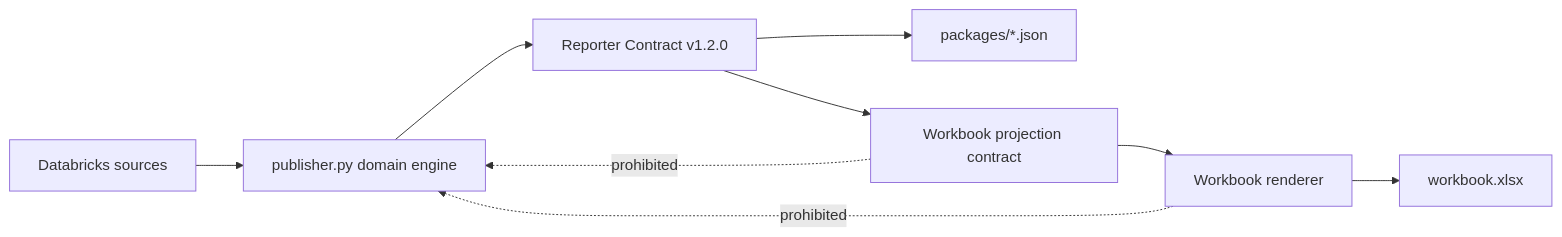
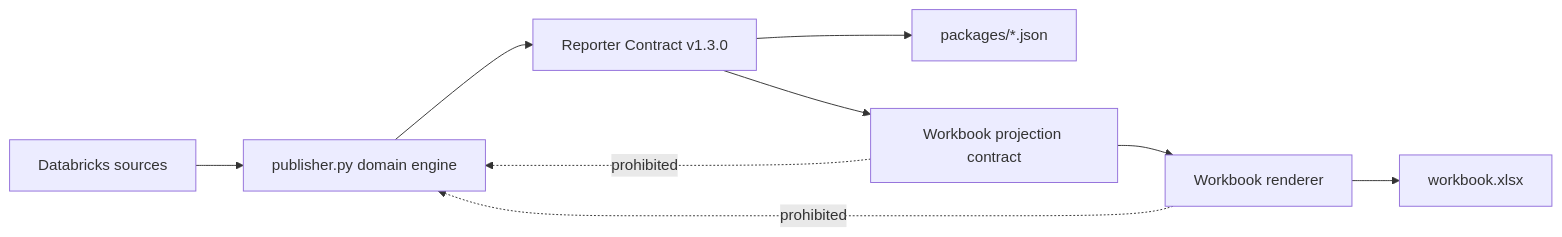
Before and after one commit to thiaga-gk/expert-funicular: the first of 19 diagrams in docs/architecture/lld.md, drawn with Mermaid. The commit also changed other lines of this file and 23 other files, not shown here.

````diff
--- a/docs/architecture/lld.md
+++ b/docs/architecture/lld.md
@@ -66,12 +66,12 @@
 ```mermaid
 flowchart LR
     SRC[Databricks sources] --> PUB[publisher.py domain engine]
-    PUB --> RC[Reporter Contract v1.2.0]
+    PUB --> RC[Reporter Contract v1.3.0]
     RC --> JSON[packages/*.json]
     RC --> WC[Workbook projection contract]
     WC --> XR[Workbook renderer]
     XR --> XLSX[workbook.xlsx]
 
     WC -. prohibited .-> PUB
     XR -. prohibited .-> PUB
 ```
````
